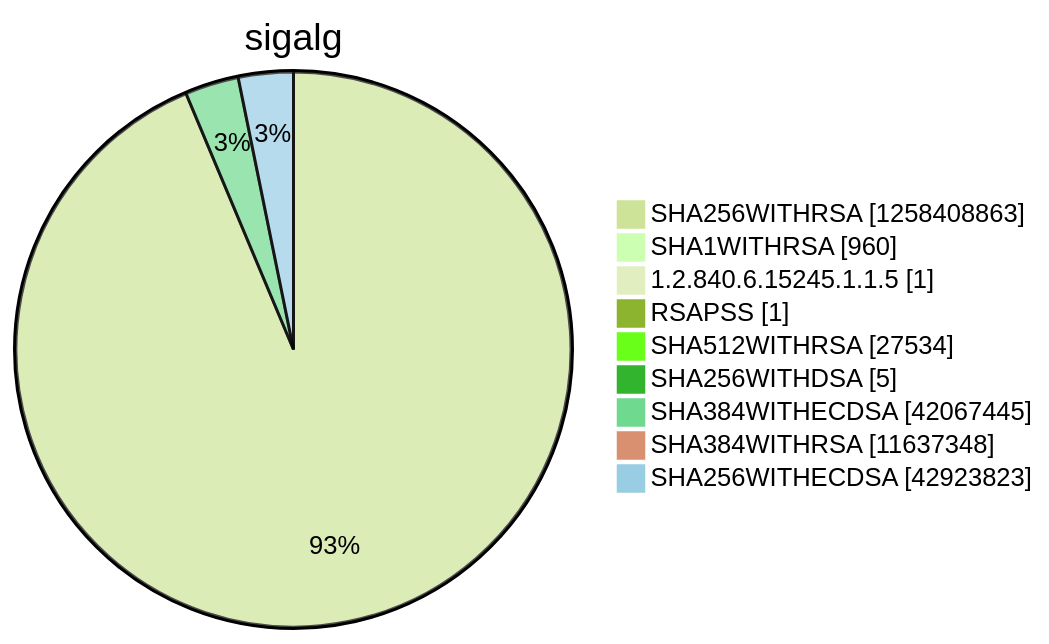
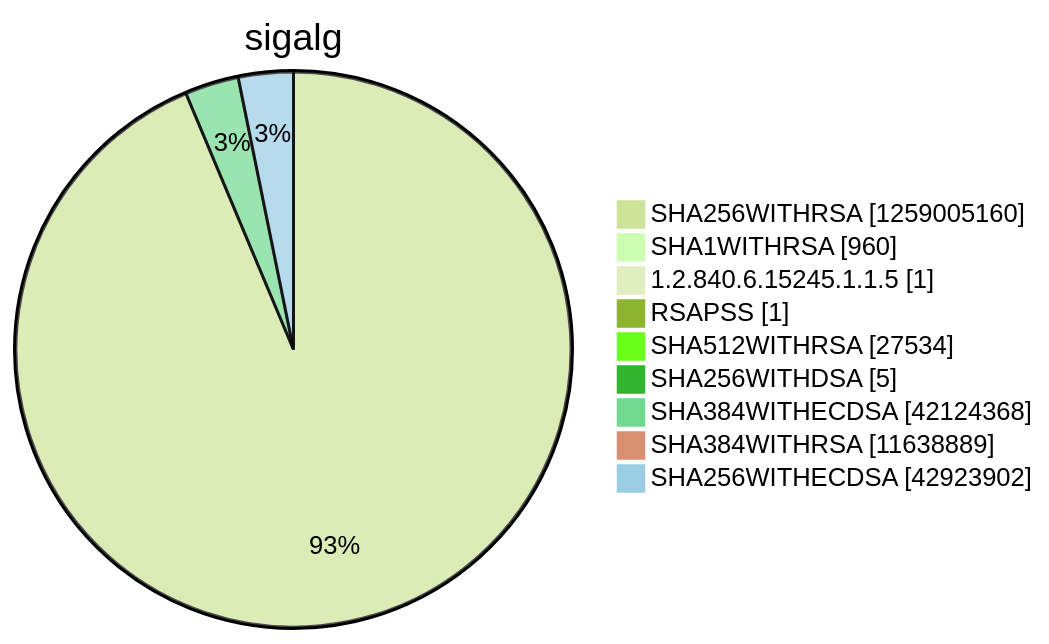
Before and after one commit to christiankrug/ctmonitor_visualization: diagram 15 of 15 in argon2022/README.md, drawn with Mermaid (forest theme). The commit also changed other lines of this file, not shown here.

````diff
--- a/argon2022/README.md
+++ b/argon2022/README.md
@@ -5522,13 +5522,13 @@
 ```mermaid
 pie showData
 title sigalg
-"SHA256WITHRSA" :1258408863
+"SHA256WITHRSA" :1259005160
 "SHA1WITHRSA" :960
 "1.2.840.6.15245.1.1.5" :1
 "RSAPSS" :1
 "SHA512WITHRSA" :27534
 "SHA256WITHDSA" :5
-"SHA384WITHECDSA" :42067445
-"SHA384WITHRSA" :11637348
-"SHA256WITHECDSA" :42923823
+"SHA384WITHECDSA" :42124368
+"SHA384WITHRSA" :11638889
+"SHA256WITHECDSA" :42923902
 ```
````
